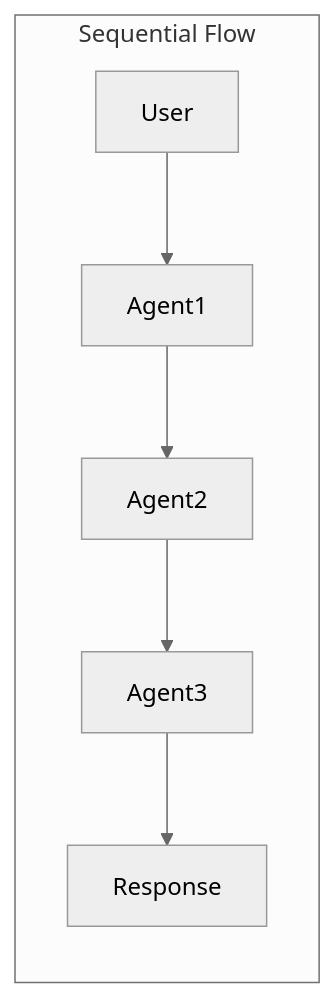
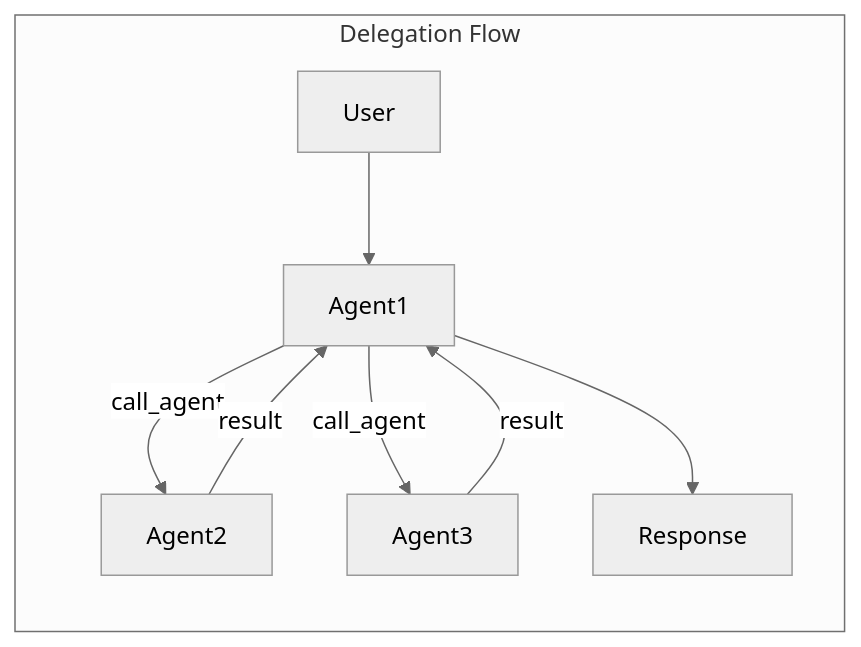
One commit to aristoteleo/PantheonOS changed the diagram in docs/source/concepts.md. Above: the diagram before and after it, drawn with Mermaid (neutral theme). The commit also changed other lines of this file and 33 other files, not shown here.

````diff
--- a/docs/source/concepts.md
+++ b/docs/source/concepts.md
@@ -118,9 +86,11 @@
 ```{mermaid}
 graph LR
-    subgraph "Sequential Flow"
+    subgraph "Delegation Flow"
         U1[User] --> A1[Agent1]
-        A1 --> A2[Agent2]
-        A2 --> A3[Agent3]
-        A3 --> R1[Response]
+        A1 -- call_agent --> A2[Agent2]
+        A2 -- result --> A1
+        A1 -- call_agent --> A3[Agent3]
+        A3 -- result --> A1
+        A1 --> R1[Response]
     end
 ```
````
